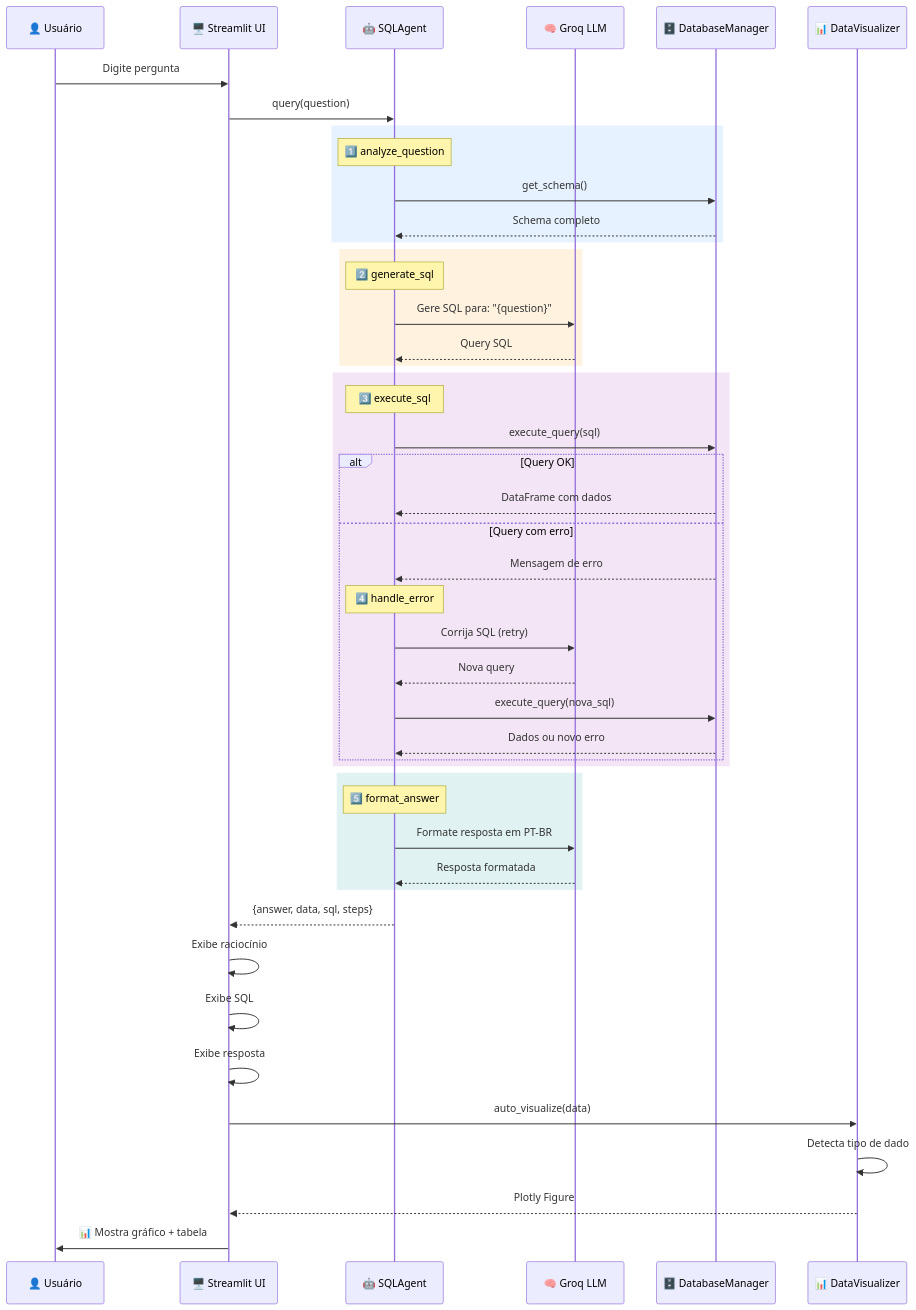
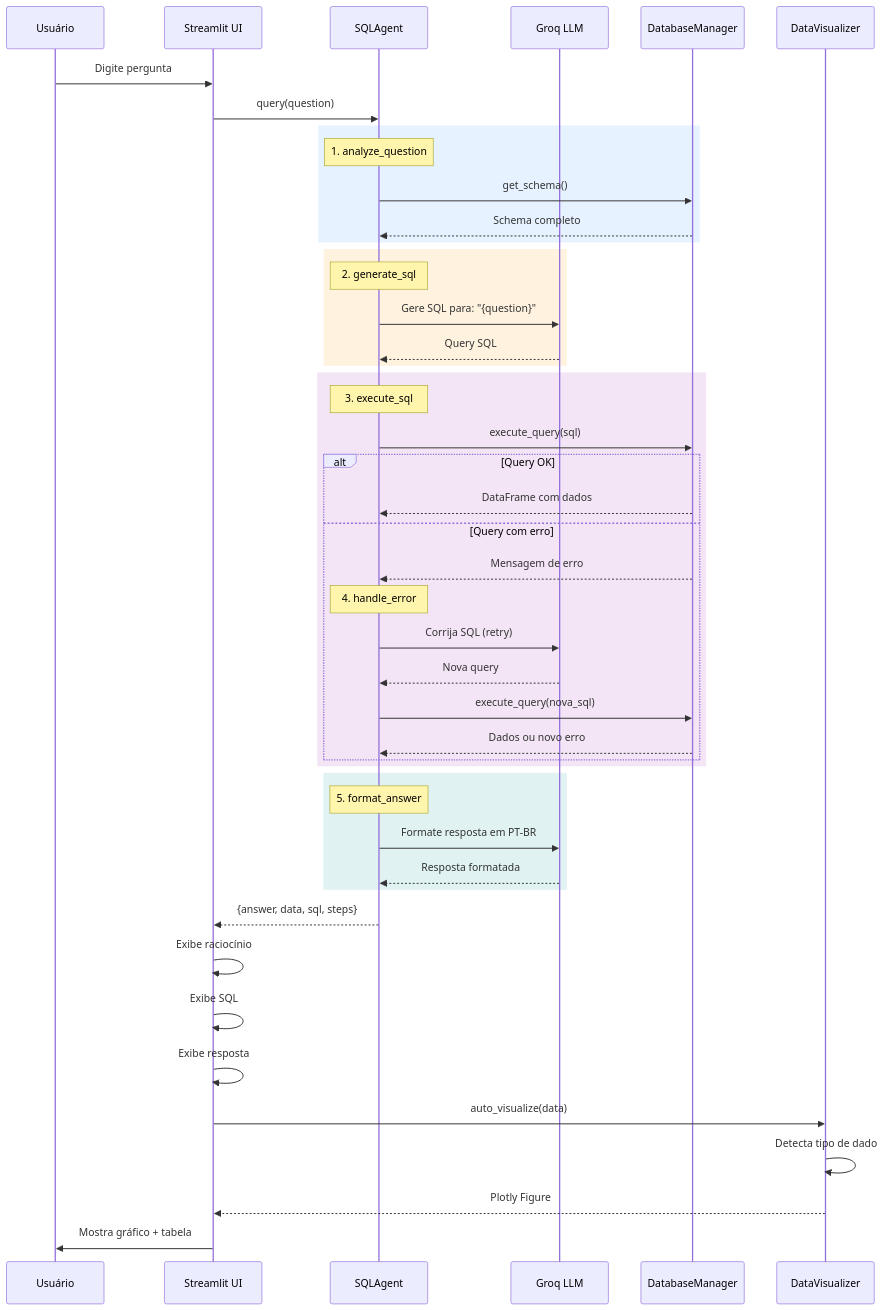
The seventh of 11 diagrams in ARCHITECTURE.md (Nik0o0lps/DataDialogue), drawn with Mermaid before and after one commit. The commit also changed other lines of this file and 1 other file, not shown here.

First line of the commit message:
refactor: Remove todos os emojis dos diagramas e documentação

````diff
--- a/ARCHITECTURE.md
+++ b/ARCHITECTURE.md
@@ -301,57 +301,57 @@
 ```mermaid
 sequenceDiagram
-    participant U as 👤 Usuário
-    participant UI as 🖥️ Streamlit UI
-    participant SA as 🤖 SQLAgent
-    participant LLM as 🧠 Groq LLM
-    participant DB as 🗄️ DatabaseManager
-    participant VIZ as 📊 DataVisualizer
+    participant U as Usuário
+    participant UI as Streamlit UI
+    participant SA as SQLAgent
+    participant LLM as Groq LLM
+    participant DB as DatabaseManager
+    participant VIZ as DataVisualizer
     
     U->>UI: Digite pergunta
     UI->>SA: query(question)
     
     rect rgb(230, 242, 255)
-        Note over SA: 1️⃣ analyze_question
+        Note over SA: 1. analyze_question
         SA->>DB: get_schema()
         DB-->>SA: Schema completo
     end
     
     rect rgb(255, 243, 224)
-        Note over SA: 2️⃣ generate_sql
+        Note over SA: 2. generate_sql
         SA->>LLM: Gere SQL para: "{question}"
         LLM-->>SA: Query SQL
     end
     
     rect rgb(243, 229, 245)
-        Note over SA: 3️⃣ execute_sql
+        Note over SA: 3. execute_sql
         SA->>DB: execute_query(sql)
         alt Query OK
             DB-->>SA: DataFrame com dados
         else Query com erro
             DB-->>SA: Mensagem de erro
-            Note over SA: 4️⃣ handle_error
+            Note over SA: 4. handle_error
             SA->>LLM: Corrija SQL (retry)
             LLM-->>SA: Nova query
             SA->>DB: execute_query(nova_sql)
             DB-->>SA: Dados ou novo erro
         end
     end
     
     rect rgb(224, 242, 241)
-        Note over SA: 5️⃣ format_answer
+        Note over SA: 5. format_answer
         SA->>LLM: Formate resposta em PT-BR
         LLM-->>SA: Resposta formatada
     end
     
     SA-->>UI: {answer, data, sql, steps}
     
     UI->>UI: Exibe raciocínio
     UI->>UI: Exibe SQL
     UI->>UI: Exibe resposta
     
     UI->>VIZ: auto_visualize(data)
     VIZ->>VIZ: Detecta tipo de dado
     VIZ-->>UI: Plotly Figure
     
-    UI->>U: 📊 Mostra gráfico + tabela
+    UI->>U: Mostra gráfico + tabela
 ```
````
